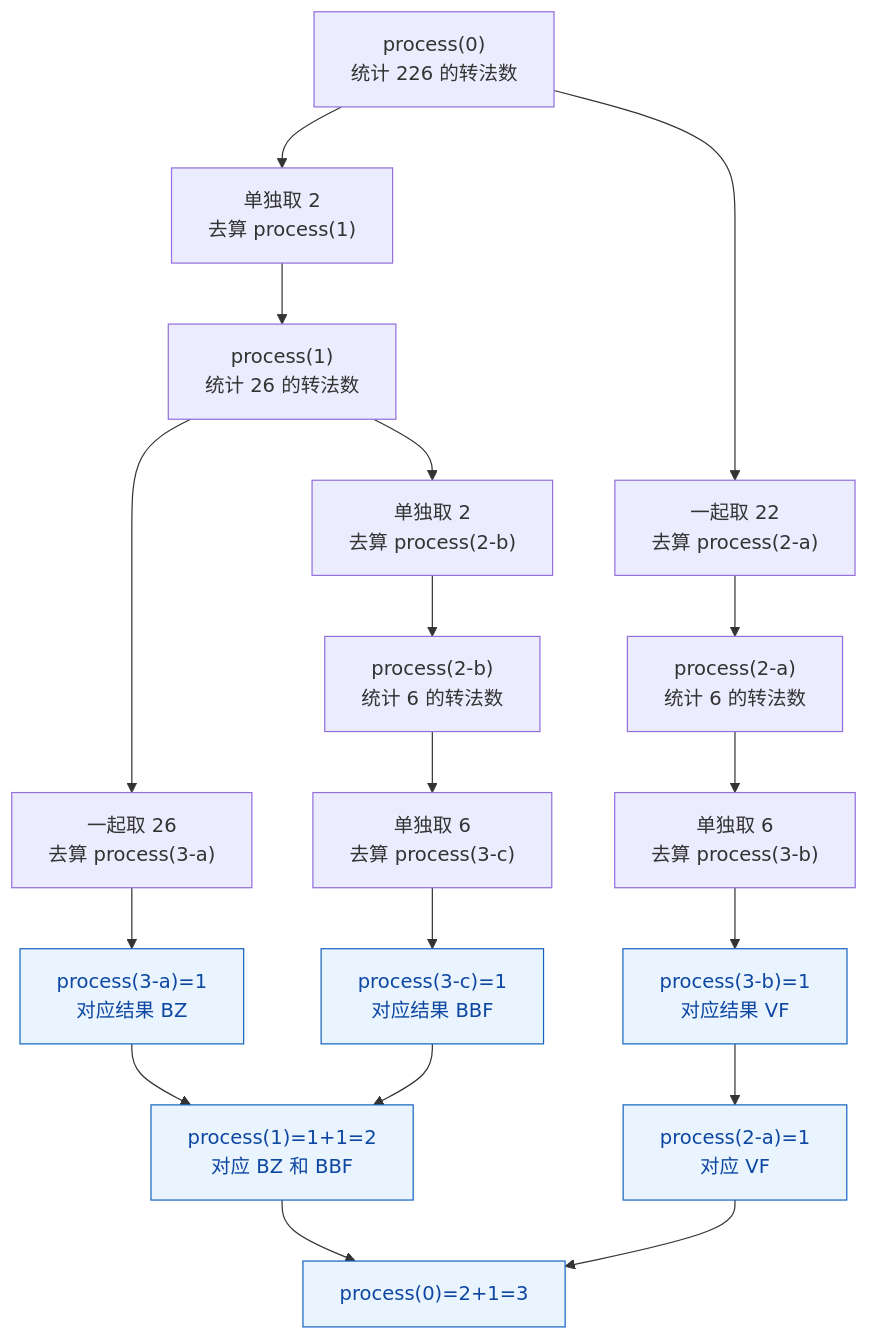
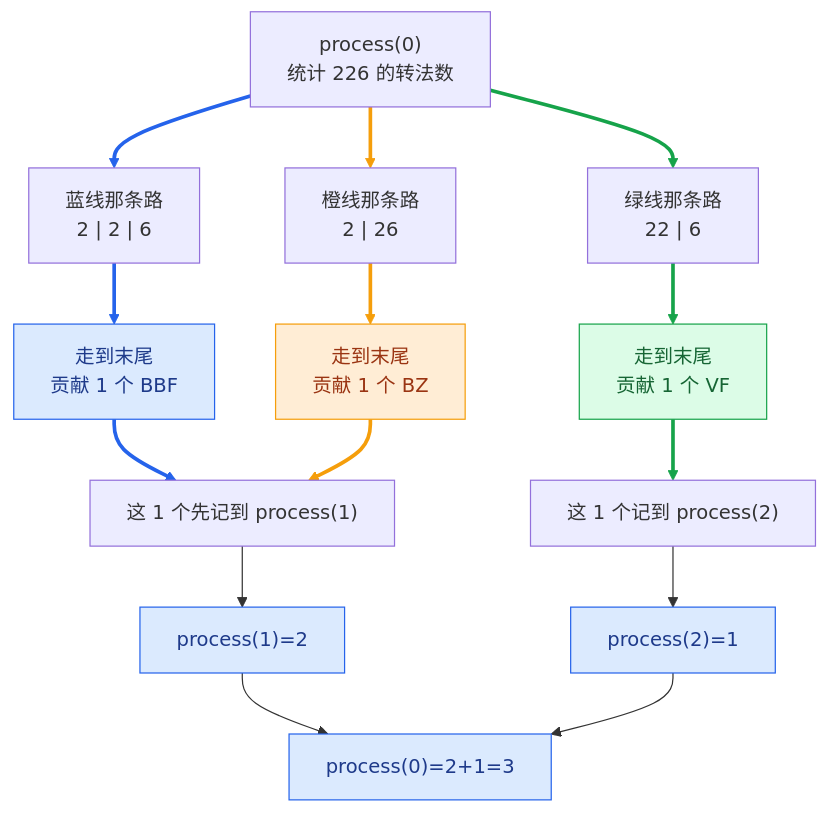
Before and after one commit to freeedoooooo/algs: the fourth of 4 diagrams in my-notes/01-基础巩固/13-暴力递归到动态规划2-尝试模型/09-尝试模型1-从左往右-数字转字母.md, drawn with Mermaid. The commit also changed other lines of this file, not shown here.

````diff
--- a/my-notes/01-基础巩固/13-暴力递归到动态规划2-尝试模型/09-尝试模型1-从左往右-数字转字母.md
+++ b/my-notes/01-基础巩固/13-暴力递归到动态规划2-尝试模型/09-尝试模型1-从左往右-数字转字母.md
@@ -319,32 +327,34 @@
 ```mermaid
 graph TB
     A["process(0)<br/>统计 226 的转法数"]
 
-    A --> B["单独取 2<br/>去算 process(1)"]
-    A --> C["一起取 22<br/>去算 process(2-a)"]
+    A --> B1["蓝线那条路<br/>2 | 2 | 6"]
+    A --> O1["橙线那条路<br/>2 | 26"]
+    A --> G1["绿线那条路<br/>22 | 6"]
 
-    B --> D["process(1)<br/>统计 26 的转法数"]
-    C --> E["process(2-a)<br/>统计 6 的转法数"]
+    B1 --> B2["走到末尾<br/>贡献 1 个 BBF"]
+    O1 --> O2["走到末尾<br/>贡献 1 个 BZ"]
+    G1 --> G2["走到末尾<br/>贡献 1 个 VF"]
 
-    D --> F["单独取 2<br/>去算 process(2-b)"]
-    D --> G["一起取 26<br/>去算 process(3-a)"]
+    B2 --> P1["这 1 个先记到 process(1)"]
+    O2 --> P1
+    G2 --> P2["这 1 个记到 process(2)"]
 
-    E --> H["单独取 6<br/>去算 process(3-b)"]
-    F --> I["process(2-b)<br/>统计 6 的转法数"]
+    P1 --> S1["process(1)=2"]
+    P2 --> S2["process(2)=1"]
 
-    G --> J["process(3-a)=1<br/>对应结果 BZ"]
-    H --> K["process(3-b)=1<br/>对应结果 VF"]
-    I --> L["单独取 6<br/>去算 process(3-c)"]
-    L --> M["process(3-c)=1<br/>对应结果 BBF"]
+    S1 --> T["process(0)=2+1=3"]
+    S2 --> T
 
-    J --> N["process(1)=1+1=2<br/>对应 BZ 和 BBF"]
-    M --> N
+    linkStyle 0,3,6 stroke:#2563eb,stroke-width:3px;
+    linkStyle 1,4,7 stroke:#f59e0b,stroke-width:3px;
+    linkStyle 2,5,8 stroke:#16a34a,stroke-width:3px;
 
-    K --> O["process(2-a)=1<br/>对应 VF"]
-
-    N --> P["process(0)=2+1=3"]
-    O --> P
-
-    classDef result fill:#EAF4FF,stroke:#1565C0,color:#0D47A1;
-    class J,K,M,N,O,P result;
+    classDef blueResult fill:#dbeafe,stroke:#2563eb,color:#1e3a8a;
+    classDef orangeResult fill:#ffedd5,stroke:#f59e0b,color:#9a3412;
+    classDef greenResult fill:#dcfce7,stroke:#16a34a,color:#166534;
+    class B2 blueResult;
+    class O2 orangeResult;
+    class G2 greenResult;
+    class S1,S2,T blueResult;
 ```
````
